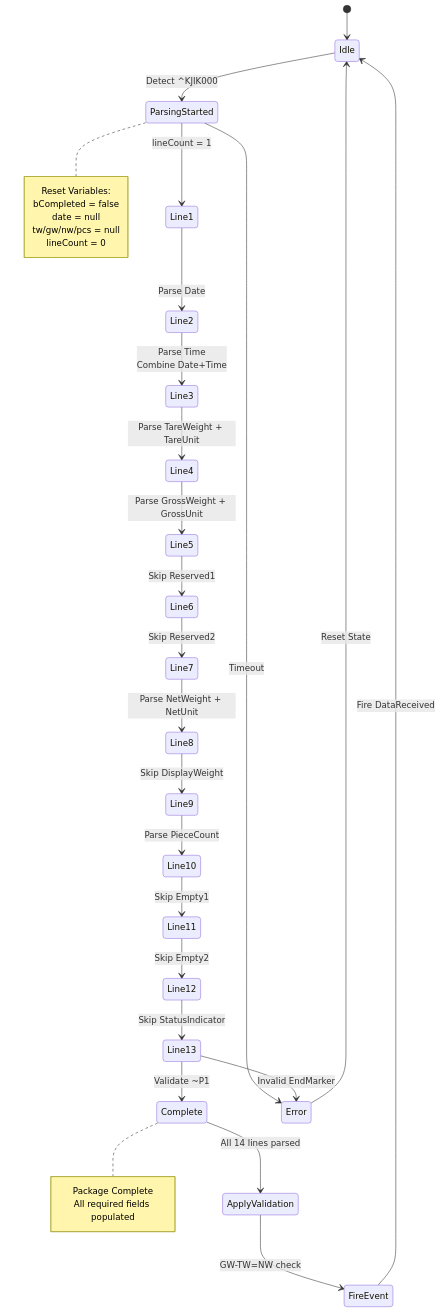
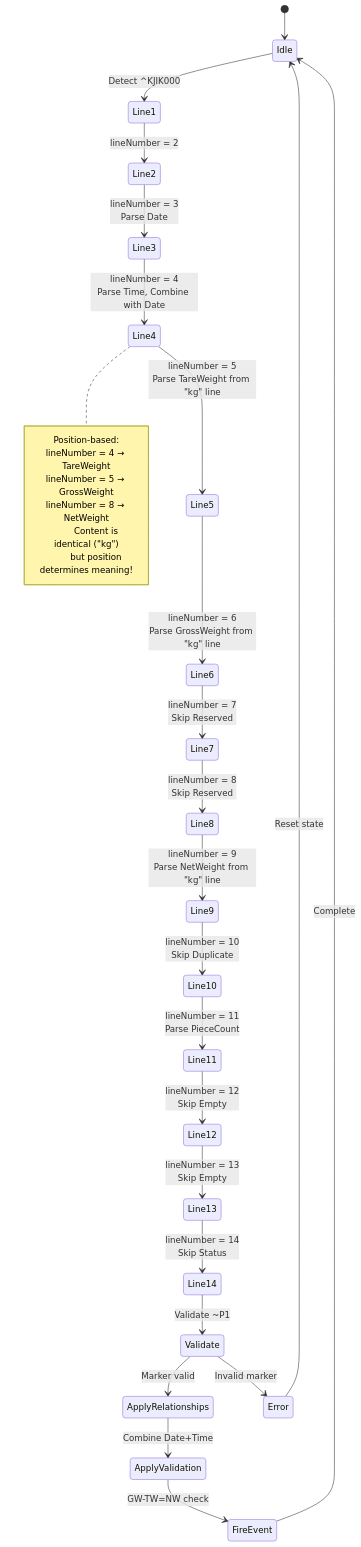
The sixth of 7 diagrams in Documents/ModernDesign/03-Parsing-Strategy-Analysis.md (chumpon-asaneerat/NSerialCommTools), drawn with Mermaid before and after one commit. The commit also changed other lines of this file and 1 other file, not shown here.

First line of the commit message:
Consolidate parsing strategy documents and remove duplicate files

````diff
--- a/Documents/ModernDesign/03-Parsing-Strategy-Analysis.md
+++ b/Documents/ModernDesign/03-Parsing-Strategy-Analysis.md
@@ -415,43 +1193,39 @@
 ```mermaid
 stateDiagram-v2
     [*] --> Idle
 
-    Idle --> ParsingStarted : Detect ^KJIK000
+    Idle --> Line1 : Detect ^KJIK000
 
-    ParsingStarted --> Line1 : lineCount = 1
-    Line1 --> Line2 : Parse Date
-    Line2 --> Line3 : Parse Time<br/>Combine Date+Time
-    Line3 --> Line4 : Parse TareWeight + TareUnit
-    Line4 --> Line5 : Parse GrossWeight + GrossUnit
-    Line5 --> Line6 : Skip Reserved1
-    Line6 --> Line7 : Skip Reserved2
-    Line7 --> Line8 : Parse NetWeight + NetUnit
-    Line8 --> Line9 : Skip DisplayWeight
-    Line9 --> Line10 : Parse PieceCount
-    Line10 --> Line11 : Skip Empty1
-    Line11 --> Line12 : Skip Empty2
-    Line12 --> Line13 : Skip StatusIndicator
-    Line13 --> Complete : Validate ~P1
+    Line1 --> Line2 : lineNumber = 2
+    Line2 --> Line3 : lineNumber = 3<br/>Parse Date
+    Line3 --> Line4 : lineNumber = 4<br/>Parse Time, Combine with Date
+    Line4 --> Line5 : lineNumber = 5<br/>Parse TareWeight from "kg" line
+    Line5 --> Line6 : lineNumber = 6<br/>Parse GrossWeight from "kg" line
+    Line6 --> Line7 : lineNumber = 7<br/>Skip Reserved
+    Line7 --> Line8 : lineNumber = 8<br/>Skip Reserved
+    Line8 --> Line9 : lineNumber = 9<br/>Parse NetWeight from "kg" line
+    Line9 --> Line10 : lineNumber = 10<br/>Skip Duplicate
+    Line10 --> Line11 : lineNumber = 11<br/>Parse PieceCount
+    Line11 --> Line12 : lineNumber = 12<br/>Skip Empty
+    Line12 --> Line13 : lineNumber = 13<br/>Skip Empty
+    Line13 --> Line14 : lineNumber = 14<br/>Skip Status
+    Line14 --> Validate : Validate ~P1
 
-    ParsingStarted --> Error : Timeout
-    Line13 --> Error : Invalid EndMarker
+    Validate --> ApplyRelationships : Marker valid
+    ApplyRelationships --> ApplyValidation : Combine Date+Time
+    ApplyValidation --> FireEvent : GW-TW=NW check
+    FireEvent --> Idle : Complete
 
-    Complete --> ApplyValidation : All 14 lines parsed
-    ApplyValidation --> FireEvent : GW-TW=NW check
-    FireEvent --> Idle : Fire DataReceived
+    Validate --> Error : Invalid marker
+    Error --> Idle : Reset state
 
-    Error --> Idle : Reset State
+    note right of Line4
+        Position-based:
+        lineNumber = 4 → TareWeight
+        lineNumber = 5 → GrossWeight
+        lineNumber = 8 → NetWeight
 
-    note right of ParsingStarted
-        Reset Variables:
-        bCompleted = false
-        date = null
-        tw/gw/nw/pcs = null
-        lineCount = 0
-    end note
-
-    note right of Complete
-        Package Complete
-        All required fields populated
+        Content is identical ("kg")
+        but position determines meaning!
     end note
 ```
````
